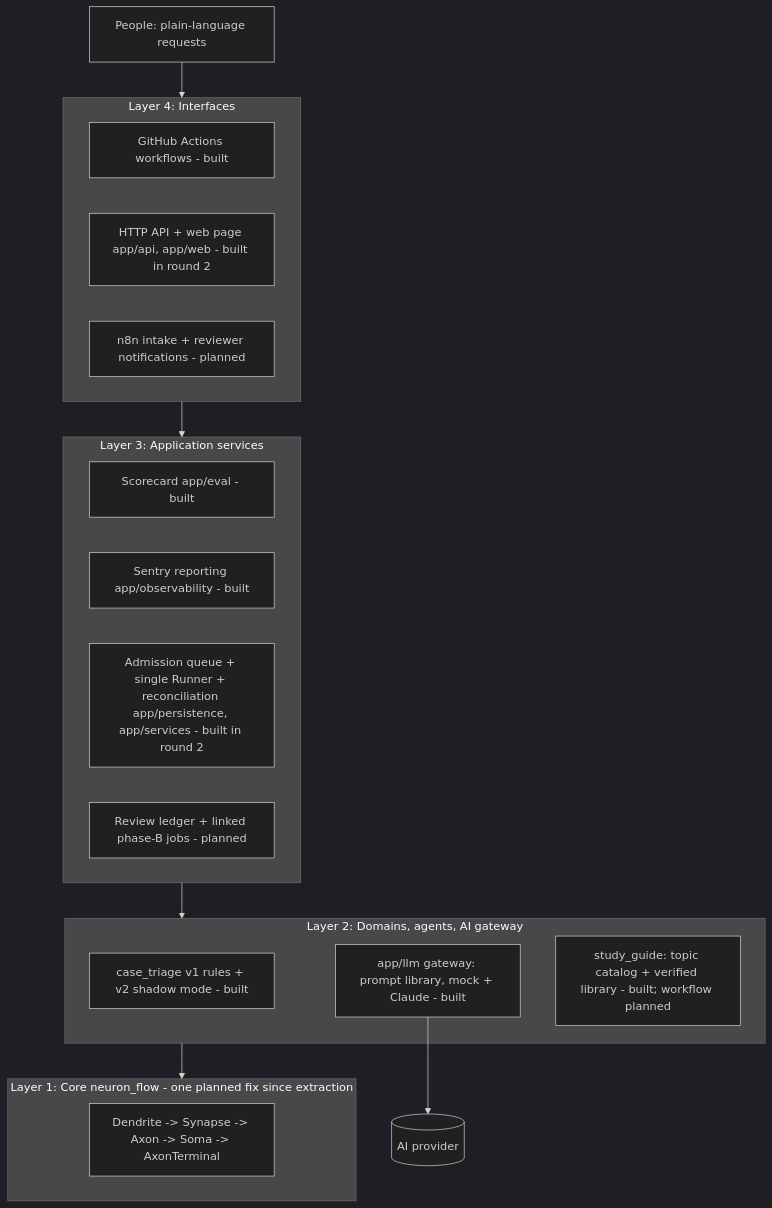
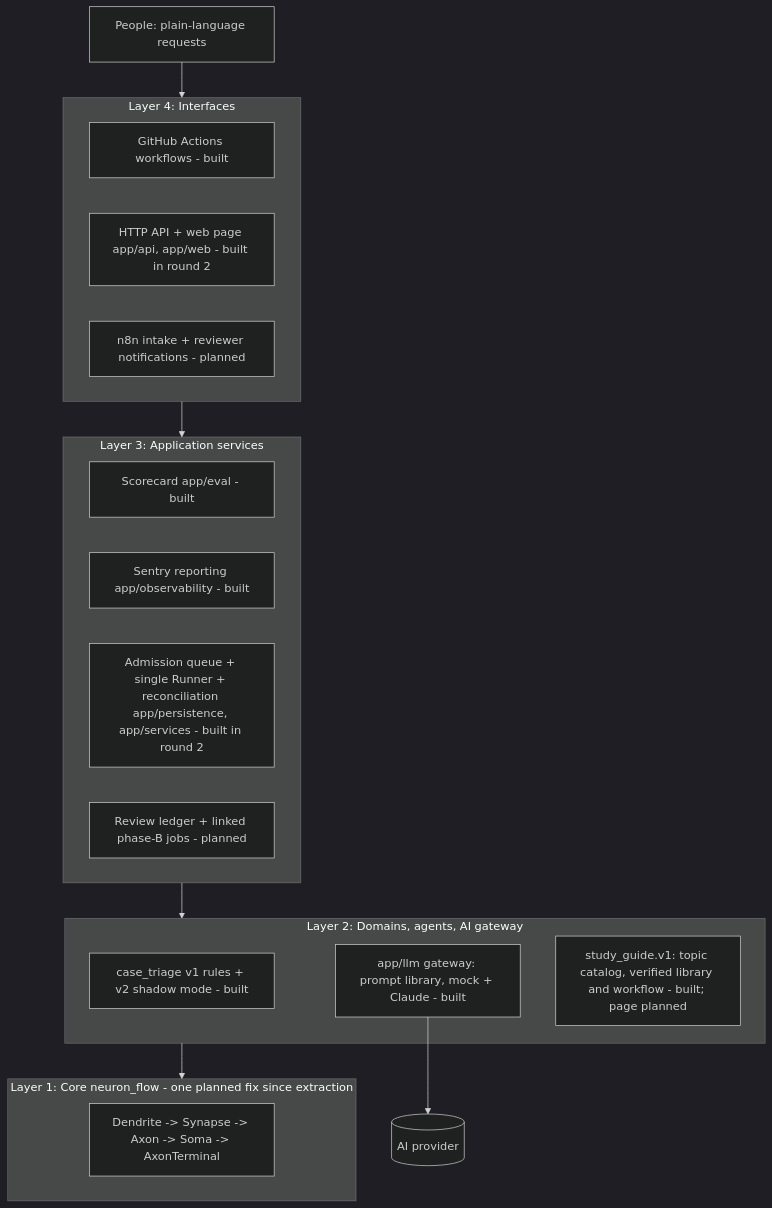
One commit to narongdetpyou-ux/System_Neuron_flow_AI changed the diagram in docs/architecture.md. Above: the diagram before and after it, drawn with Mermaid (dark theme). The commit also changed other lines of this file and 29 other files, not shown here.

First line of the commit message:
Study guide 3.2: the study_guide.v1 workflow

````diff
--- a/docs/architecture.md
+++ b/docs/architecture.md
@@ -25,25 +25,25 @@
 ```mermaid
 flowchart TD
     U[People: plain-language requests] --> L4
     subgraph L4[Layer 4: Interfaces]
       GH[GitHub Actions workflows - built]
       API[HTTP API + web page app/api, app/web - built in round 2]
       N8N[n8n intake + reviewer notifications - planned]
     end
     subgraph L3[Layer 3: Application services]
       EV[Scorecard app/eval - built]
       OBS[Sentry reporting app/observability - built]
       Q[Admission queue + single Runner + reconciliation app/persistence, app/services - built in round 2]
       REV[Review ledger + linked phase-B jobs - planned]
     end
     subgraph L2[Layer 2: Domains, agents, AI gateway]
       TRI[case_triage v1 rules + v2 shadow mode - built]
       LLM[app/llm gateway: prompt library, mock + Claude - built]
-      SG[study_guide: topic catalog + verified library - built; workflow planned]
+      SG[study_guide.v1: topic catalog, verified library and workflow - built; page planned]
     end
     subgraph L1[Layer 1: Core neuron_flow - one planned fix since extraction]
       CORE[Dendrite -> Synapse -> Axon -> Soma -> AxonTerminal]
     end
     L4 --> L3 --> L2 --> L1
     LLM --> P[(AI provider)]
 ```
````
